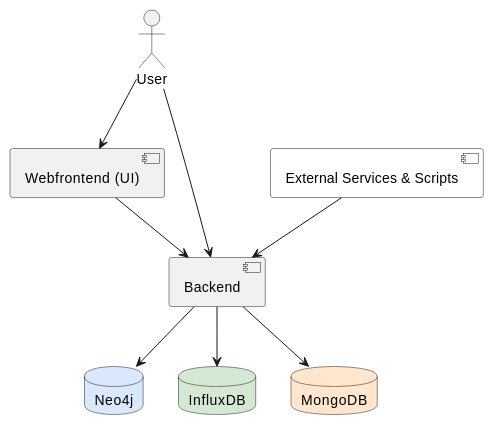
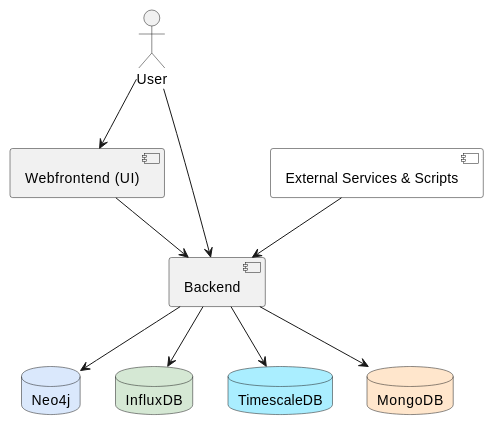
Before and after one commit to noheton/shepard: the first of 4 diagrams in architecture/src/05_building_block_view/index.adoc, drawn with PlantUML. The commit also changed other lines of this file and 1 other file, not shown here.

```diff
--- a/architecture/src/05_building_block_view/index.adoc
+++ b/architecture/src/05_building_block_view/index.adoc
@@ -13,24 +13,26 @@
 [plantuml, "{plantUMLDir}whitebox-overview", png]
 ----
 @startuml Whitebox Overview
 
 :User: as user
 [Webfrontend (UI)] as frontend
 [External Services & Scripts] as stc #ffffff
 
 [Backend] as backend
 database "Neo4j" as neo4j #DAE8FC
 database "InfluxDB" as influxdb #D5E8D4
+database "TimescaleDB" as timescale #AAEEFF
 database "MongoDB" as mongodb #FFE6CC
 
 stc --> backend
 frontend --> backend
 
 backend --> neo4j
 backend --> influxdb
+backend --> timescale
 backend --> mongodb
 
 user --> frontend
 user --> backend
 @enduml
 ----
```
